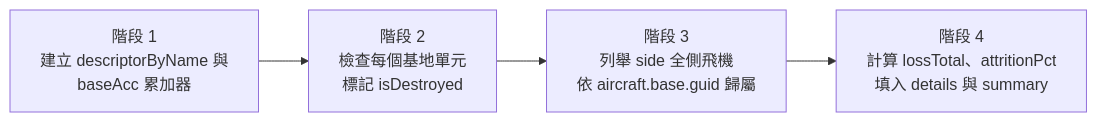
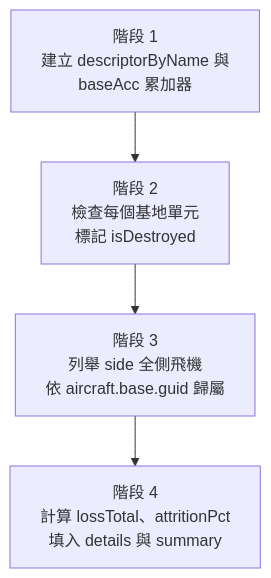
The third of 5 diagrams in docs/strikePlanner/recon.md (pullupjumper/formosa-in-flames), drawn with Mermaid before and after one commit. The commit also changed other lines of this file and 8 other files, not shown here.

````diff
--- a/docs/strikePlanner/recon.md
+++ b/docs/strikePlanner/recon.md
@@ -131,9 +138,9 @@
 ```mermaid
-flowchart LR
+flowchart TD
     PHASE1["階段 1<br>建立 descriptorByName 與<br>baseAcc 累加器"]
     PHASE2["階段 2<br>檢查每個基地單元<br>標記 isDestroyed"]
     PHASE3["階段 3<br>列舉 side 全側飛機<br>依 aircraft.base.guid 歸屬"]
     PHASE4["階段 4<br>計算 lossTotal、attritionPct<br>填入 details 與 summary"]
 
     PHASE1 --> PHASE2 --> PHASE3 --> PHASE4
 ```
````
